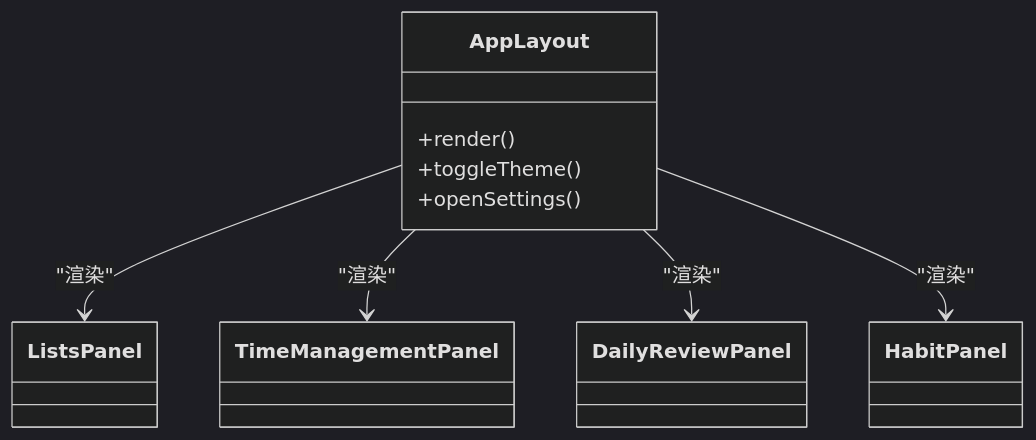
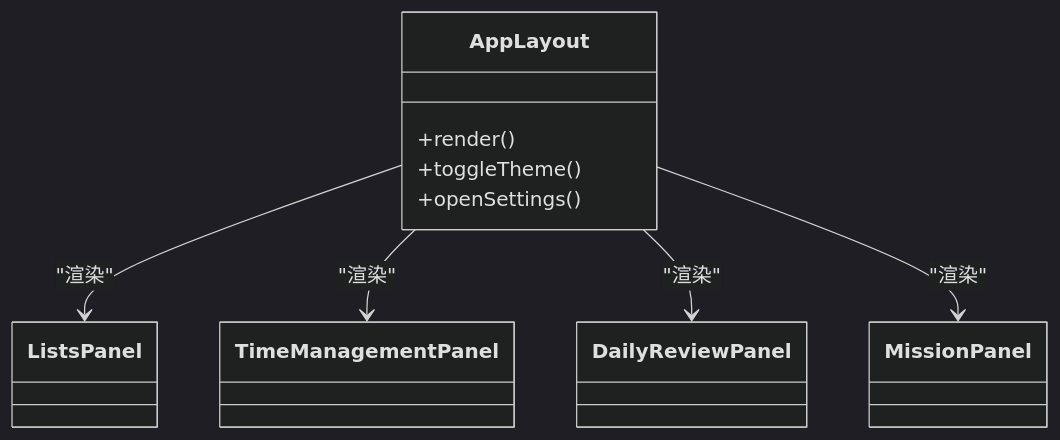
One commit to gzdxhujiale/FishWorker changed the third of 8 diagrams in .qoder/repowiki/zh/content/前端架构/前端架构.md. Above: the diagram before and after it, drawn with Mermaid (dark theme). The commit also changed other lines of this file and 36 other files, not shown here.

````diff
--- a/.qoder/repowiki/zh/content/前端架构/前端架构.md
+++ b/.qoder/repowiki/zh/content/前端架构/前端架构.md
@@ -164,16 +169,16 @@
 ```mermaid
 classDiagram
 class AppLayout {
 +render()
 +toggleTheme()
 +openSettings()
 }
 class ListsPanel
 class TimeManagementPanel
 class DailyReviewPanel
-class HabitPanel
+class MissionPanel
 AppLayout --> ListsPanel : "渲染"
 AppLayout --> TimeManagementPanel : "渲染"
 AppLayout --> DailyReviewPanel : "渲染"
-AppLayout --> HabitPanel : "渲染"
+AppLayout --> MissionPanel : "渲染"
 ```
````
